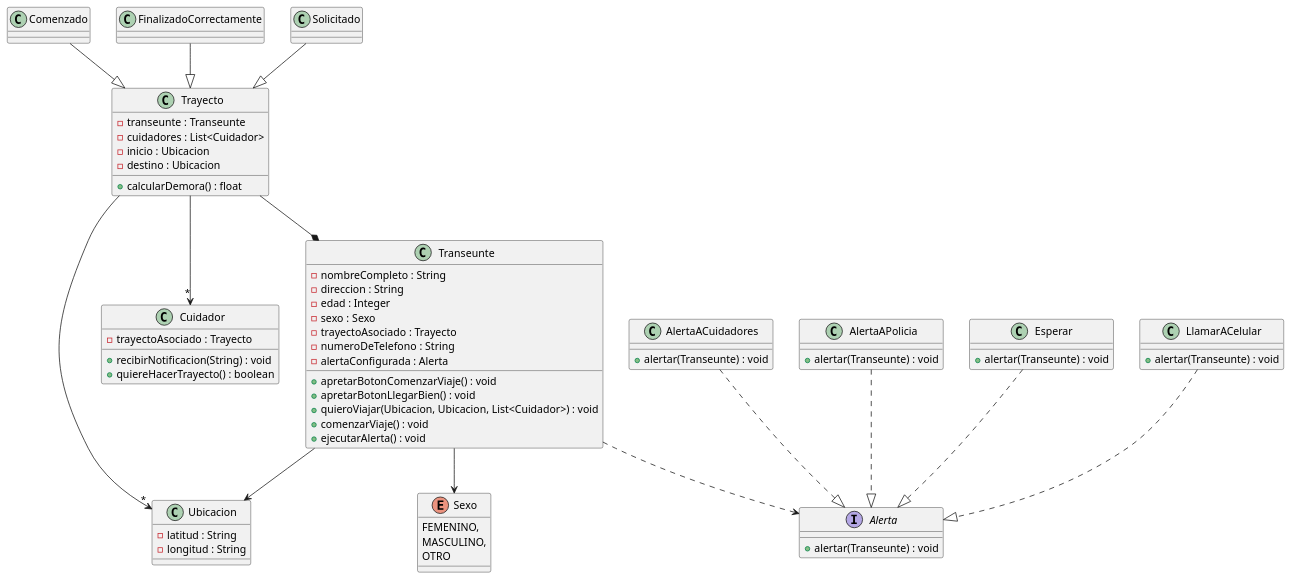
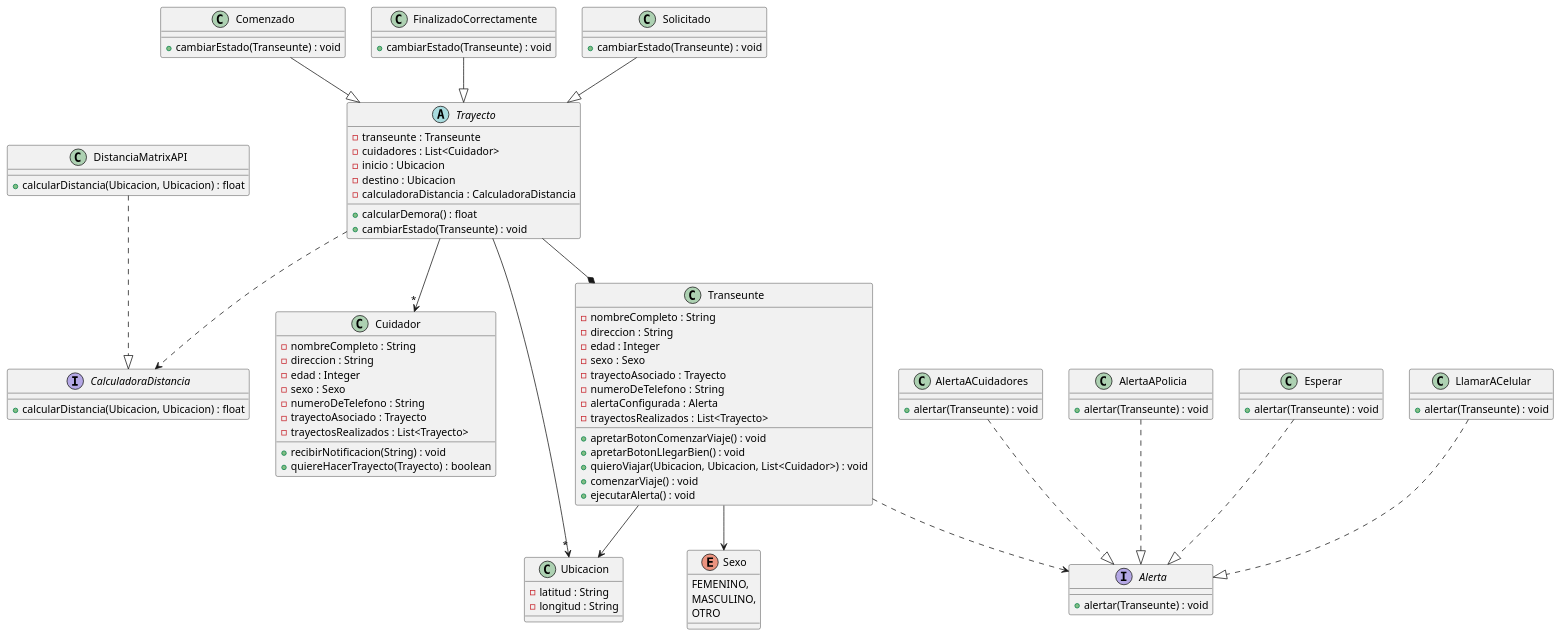
One commit to emipetro/cuidandonos-pares changed the diagram in src/main/diagrama-de-clases/diagrama.puml. Above: the diagram before and after it, drawn with PlantUML. The commit also changed 11 other files, not shown here.

```diff
--- a/src/main/diagrama-de-clases/diagrama.puml
+++ b/src/main/diagrama-de-clases/diagrama.puml
@@ -1,85 +1,109 @@
 @startuml Diagrama Cuidandonos
 
     class Transeunte{
         -nombreCompleto : String
         -direccion : String
         -edad : Integer
         -sexo : Sexo
         -trayectoAsociado : Trayecto
         -numeroDeTelefono : String
         -alertaConfigurada : Alerta
+        -trayectosRealizados : List<Trayecto>
 
         +apretarBotonComenzarViaje() : void
         +apretarBotonLlegarBien() : void
         +quieroViajar(Ubicacion, Ubicacion, List<Cuidador>) : void
         +comenzarViaje() : void
         +ejecutarAlerta() : void
     }
 
     enum Sexo{
         FEMENINO,
         MASCULINO,
         OTRO
     }
 
     class Ubicacion{
         -latitud : String
         -longitud : String
     }
 
     class Cuidador{
+        -nombreCompleto : String
+        -direccion : String
+        -edad : Integer
+        -sexo : Sexo
+        -numeroDeTelefono : String
         -trayectoAsociado : Trayecto
+        -trayectosRealizados : List<Trayecto>
 
         +recibirNotificacion(String) : void
-        +quiereHacerTrayecto() : boolean
+        +quiereHacerTrayecto(Trayecto) : boolean
     }
 
-    class Trayecto{
+    abstract class Trayecto{
         -transeunte : Transeunte
         -cuidadores : List<Cuidador>
         -inicio : Ubicacion
         -destino : Ubicacion
+        -calculadoraDistancia : CalculadoraDistancia
 
         +calcularDemora() : float
+        +cambiarEstado(Transeunte) : void
     }
 
-    class Comenzado{}
-    class FinalizadoCorrectamente{}
-    class Solicitado{}
+    class Comenzado{
+        +cambiarEstado(Transeunte) : void
+    }
+    class FinalizadoCorrectamente{
+        +cambiarEstado(Transeunte) : void
+    }
+    class Solicitado{
+        +cambiarEstado(Transeunte) : void
+    }
 
+    interface CalculadoraDistancia{
+        +calcularDistancia(Ubicacion, Ubicacion) : float
+    }
+
+    class DistanciaMatrixAPI{
+        +calcularDistancia(Ubicacion, Ubicacion) : float
+    }
 
     interface Alerta{
         +alertar(Transeunte) : void
     }
 
     class AlertaACuidadores{
         +alertar(Transeunte) : void
     }
 
     class AlertaAPolicia{
         +alertar(Transeunte) : void
     }
 
     class Esperar{
         +alertar(Transeunte) : void
     }
 
     class LlamarACelular{
         +alertar(Transeunte) : void
     }
 
 Transeunte --> Sexo
 Trayecto --* Transeunte
 Trayecto -->"*" Cuidador
 Transeunte --> Ubicacion
 Trayecto -->"*" Ubicacion
 Transeunte ..> Alerta
 AlertaACuidadores ..|> Alerta
 AlertaAPolicia ..|> Alerta
 Esperar ..|> Alerta
 LlamarACelular ..|> Alerta
 Comenzado --|> Trayecto
 FinalizadoCorrectamente --|> Trayecto
 Solicitado --|> Trayecto
+DistanciaMatrixAPI ..|> CalculadoraDistancia
+Trayecto ..> CalculadoraDistancia
 
 @enduml
```
